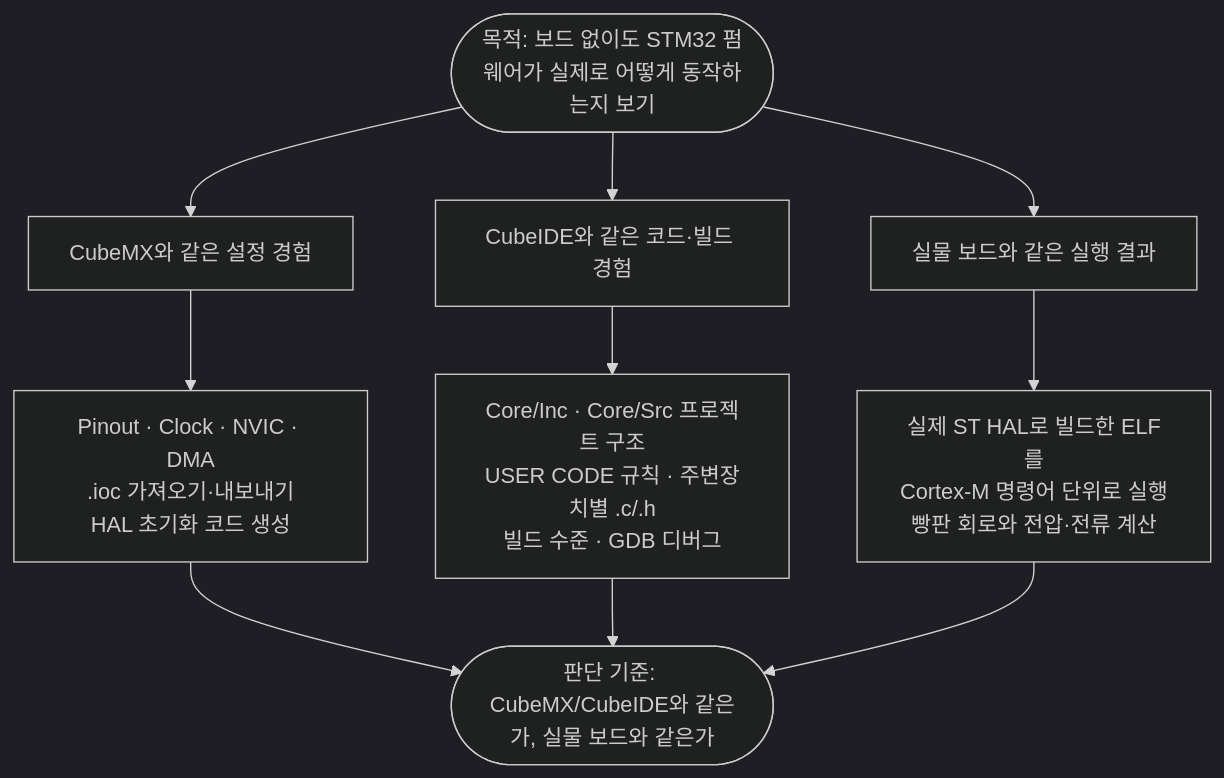
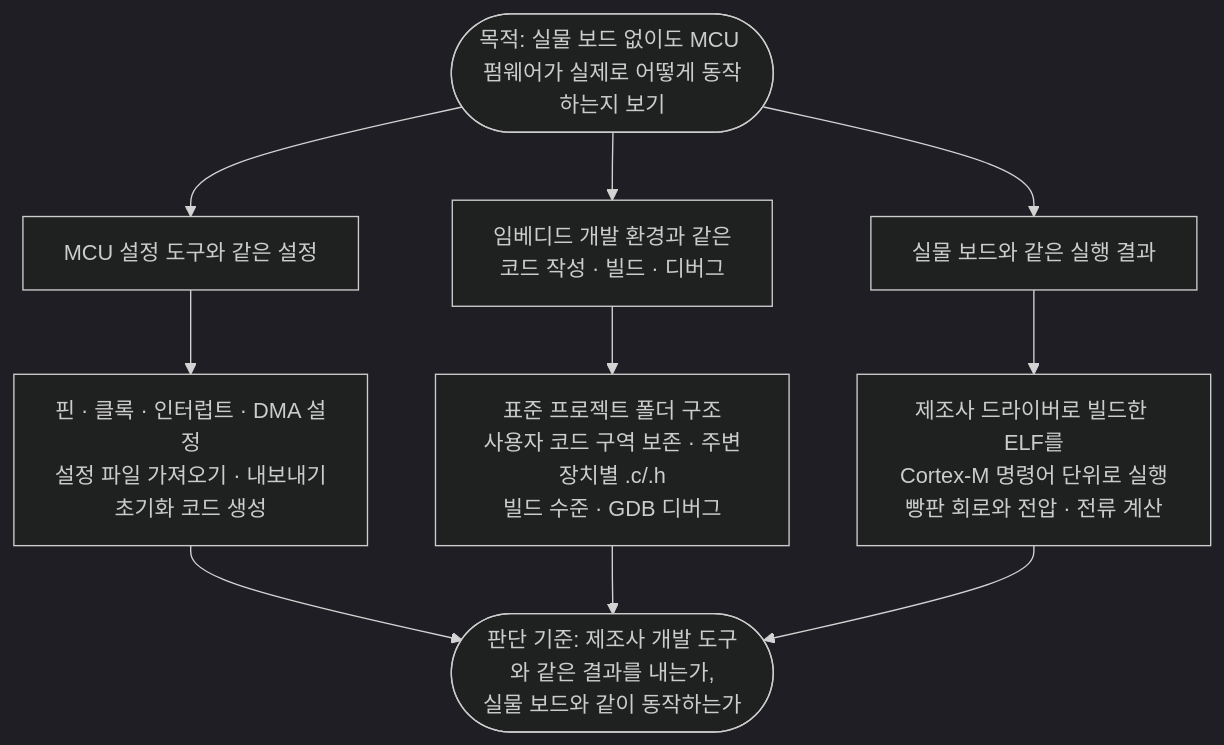
The second of 10 diagrams in README.md (moonsyu/STM-Simulator), drawn with Mermaid (dark theme) before and after one commit. The commit also changed other lines of this file and 1 other file, not shown here.

Commit message:
README: 목적·판단 기준에서 특정 회사 프로그램 이름 빼기 [skip ci]

````diff
--- a/README.md
+++ b/README.md
@@ -38,14 +38,14 @@
 ```mermaid
 flowchart TB
-    GOAL(["목적: 보드 없이도 STM32 펌웨어가 실제로 어떻게 동작하는지 보기"])
+    GOAL(["목적: 실물 보드 없이도 MCU 펌웨어가 실제로 어떻게 동작하는지 보기"])
 
-    GOAL --> G1["CubeMX와 같은 설정 경험"]
-    GOAL --> G2["CubeIDE와 같은 코드·빌드 경험"]
+    GOAL --> G1["MCU 설정 도구와 같은 설정"]
+    GOAL --> G2["임베디드 개발 환경과 같은<br/>코드 작성 · 빌드 · 디버그"]
     GOAL --> G3["실물 보드와 같은 실행 결과"]
 
-    G1 --> D1["Pinout · Clock · NVIC · DMA<br/>.ioc 가져오기·내보내기<br/>HAL 초기화 코드 생성"]
-    G2 --> D2["Core/Inc · Core/Src 프로젝트 구조<br/>USER CODE 규칙 · 주변장치별 .c/.h<br/>빌드 수준 · GDB 디버그"]
-    G3 --> D3["실제 ST HAL로 빌드한 ELF를<br/>Cortex-M 명령어 단위로 실행<br/>빵판 회로와 전압·전류 계산"]
+    G1 --> D1["핀 · 클록 · 인터럽트 · DMA 설정<br/>설정 파일 가져오기 · 내보내기<br/>초기화 코드 생성"]
+    G2 --> D2["표준 프로젝트 폴더 구조<br/>사용자 코드 구역 보존 · 주변장치별 .c/.h<br/>빌드 수준 · GDB 디버그"]
+    G3 --> D3["제조사 드라이버로 빌드한 ELF를<br/>Cortex-M 명령어 단위로 실행<br/>빵판 회로와 전압 · 전류 계산"]
 
-    D1 & D2 & D3 --> OUT(["판단 기준: CubeMX/CubeIDE와 같은가, 실물 보드와 같은가"])
+    D1 & D2 & D3 --> OUT(["판단 기준: 제조사 개발 도구와 같은 결과를 내는가,<br/>실물 보드와 같이 동작하는가"])
 ```
````
